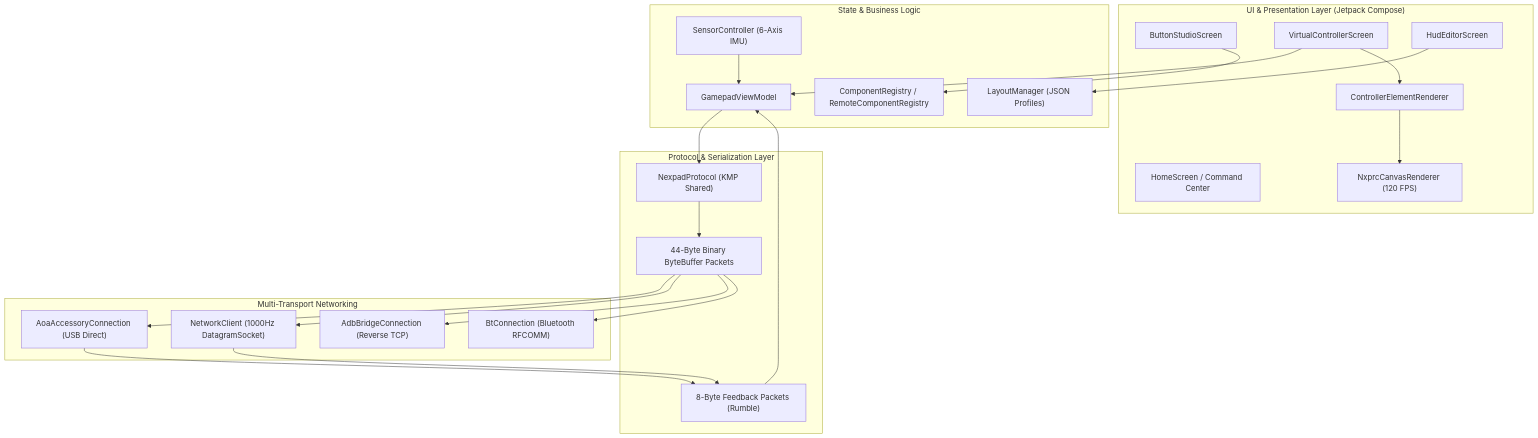
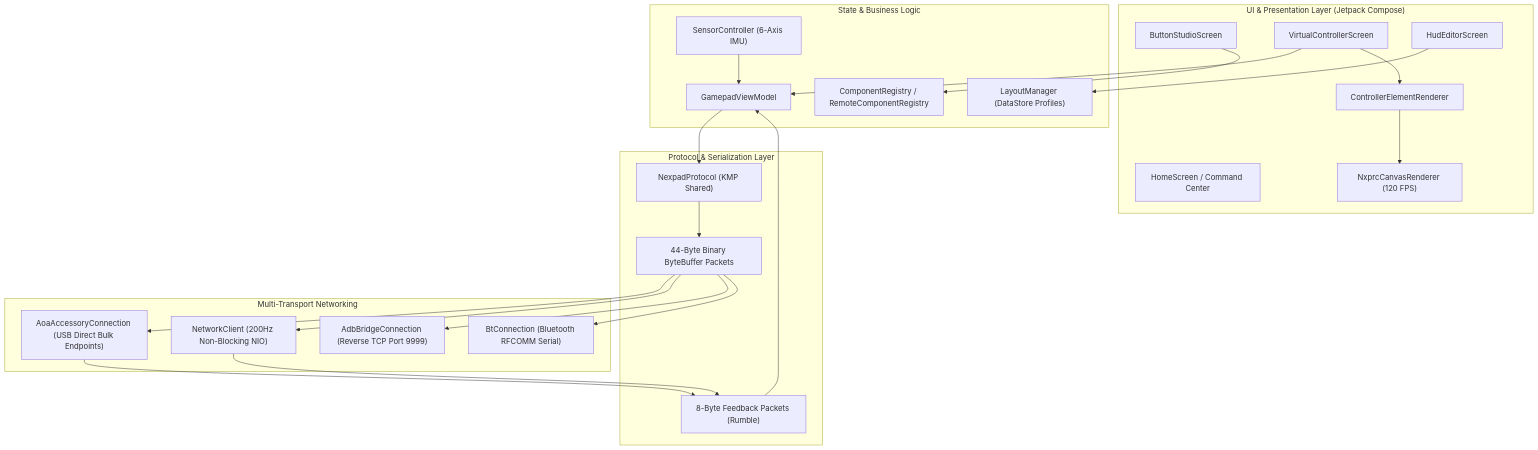
One commit to parmarsanket/NEXPAD changed the diagram in ARCHITECTURE.md. Above: the diagram before and after it, drawn with Mermaid. The commit also changed other lines of this file and 10 other files, not shown here.

````diff
--- a/ARCHITECTURE.md
+++ b/ARCHITECTURE.md
@@ -22,47 +22,48 @@
 ```mermaid
 graph TD
     subgraph UI_Layer["UI & Presentation Layer (Jetpack Compose)"]
         VCS["VirtualControllerScreen"]
         HES["HudEditorScreen"]
         BSS["ButtonStudioScreen"]
         HCS["HomeScreen / Command Center"]
         CER["ControllerElementRenderer"]
         NCR["NxprcCanvasRenderer (120 FPS)"]
     end
 
     subgraph State_Layer["State & Business Logic"]
         GVM["GamepadViewModel"]
         CR["ComponentRegistry / RemoteComponentRegistry"]
-        LM["LayoutManager (JSON Profiles)"]
+        LM["LayoutManager (DataStore Profiles)"]
         SC["SensorController (6-Axis IMU)"]
     end
 
     subgraph Core_Protocol["Protocol & Serialization Layer"]
         NP["NexpadProtocol (KMP Shared)"]
         BB["44-Byte Binary ByteBuffer Packets"]
         FB["8-Byte Feedback Packets (Rumble)"]
     end
 
     subgraph Transport_Layer["Multi-Transport Networking"]
-        AOA["AoaAccessoryConnection (USB Direct)"]
-        UDP["NetworkClient (1000Hz DatagramSocket)"]
-        ADB["AdbBridgeConnection (Reverse TCP)"]
-        BT["BtConnection (Bluetooth RFCOMM)"]
+        AOA["AoaAccessoryConnection (USB Direct Bulk Endpoints)"]
+        UDP["NetworkClient (200Hz Non-Blocking NIO)"]
+        ADB["AdbBridgeConnection (Reverse TCP Port 9999)"]
+        BT["BtConnection (Bluetooth RFCOMM Serial)"]
     end
 
     VCS --> CER
     CER --> NCR
     VCS --> GVM
     HES --> LM
     BSS --> CR
     SC --> GVM
     GVM --> NP
     NP --> BB
+
     BB --> AOA
     BB --> UDP
     BB --> ADB
     BB --> BT
     AOA --> FB
     UDP --> FB
     FB --> GVM
 ```
````
